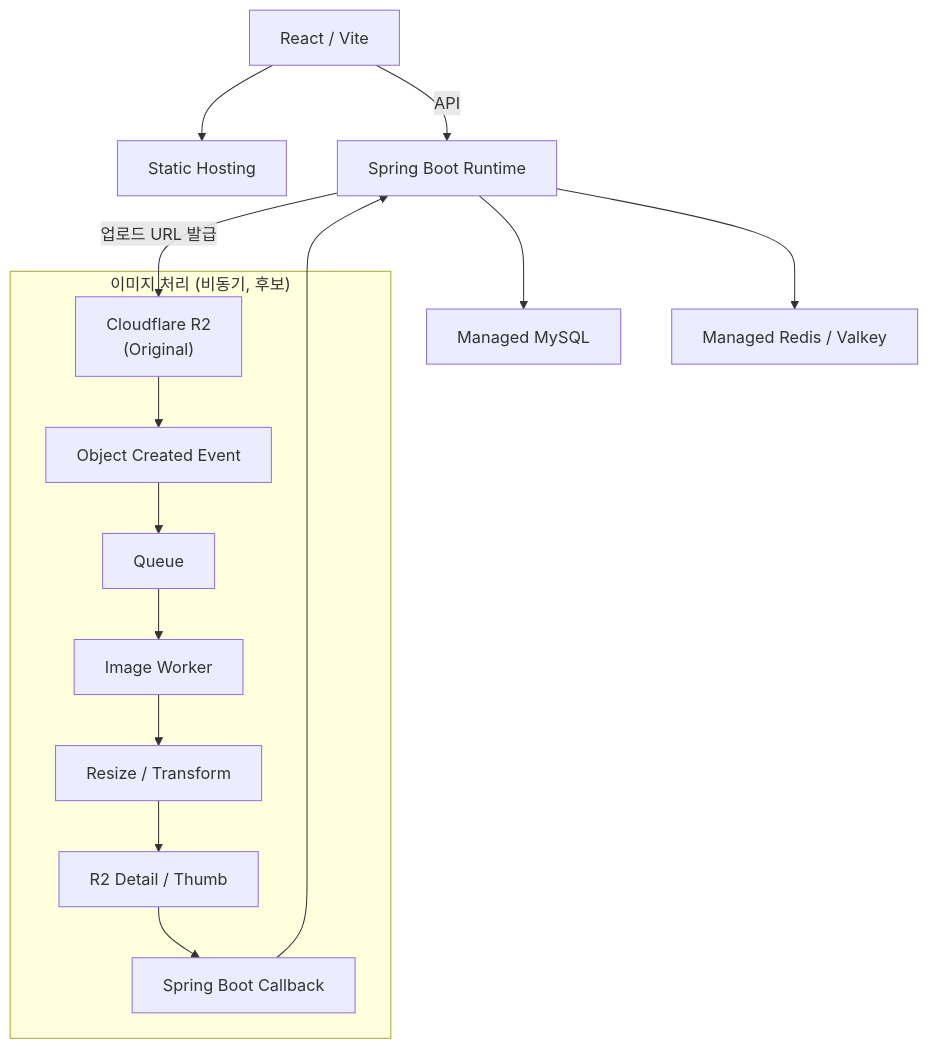
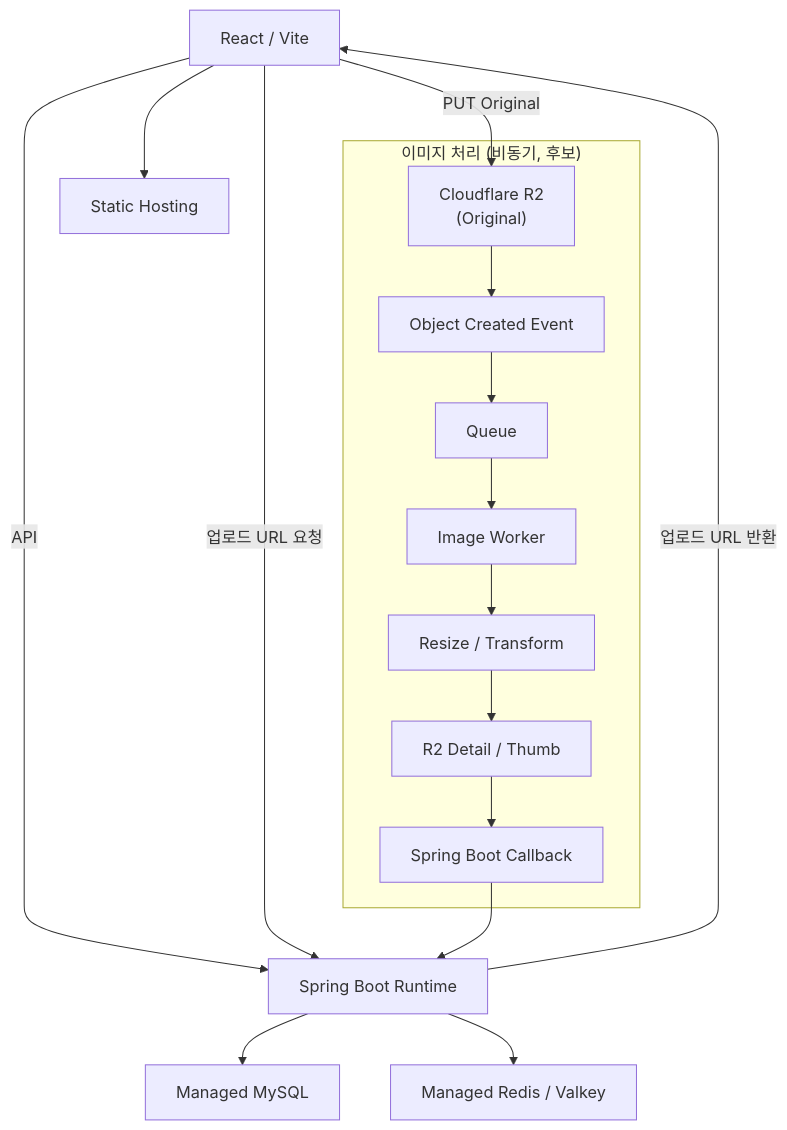
Before and after one commit to cherry-market/cherry-architecture: the third of 4 diagrams in architecture/low-cost-migration.md, drawn with Mermaid. The commit also changed other lines of this file, not shown here.

First line of the commit message:
docs: 다이어그램 Presigned URL 흐름 정정 및 Queue 표현 완화

````diff
--- a/architecture/low-cost-migration.md
+++ b/architecture/low-cost-migration.md
@@ -114,19 +116,21 @@
 ```mermaid
 flowchart TD
     A["React / Vite"] --> B["Static Hosting"]
     A -->|API| C["Spring Boot Runtime"]
     C --> D["Managed MySQL"]
     C --> E["Managed Redis / Valkey"]
 
     subgraph IMG["이미지 처리 (비동기, 후보)"]
         F["Cloudflare R2<br/>(Original)"] --> G["Object Created Event"]
         G --> H["Queue"]
         H --> I["Image Worker"]
         I --> J["Resize / Transform"]
         J --> K["R2 Detail / Thumb"]
         K --> L["Spring Boot Callback"]
     end
 
-    C -->|업로드 URL 발급| F
+    A -->|업로드 URL 요청| C
+    C -->|업로드 URL 반환| A
+    A -->|PUT Original| F
     L --> C
 ```
````
